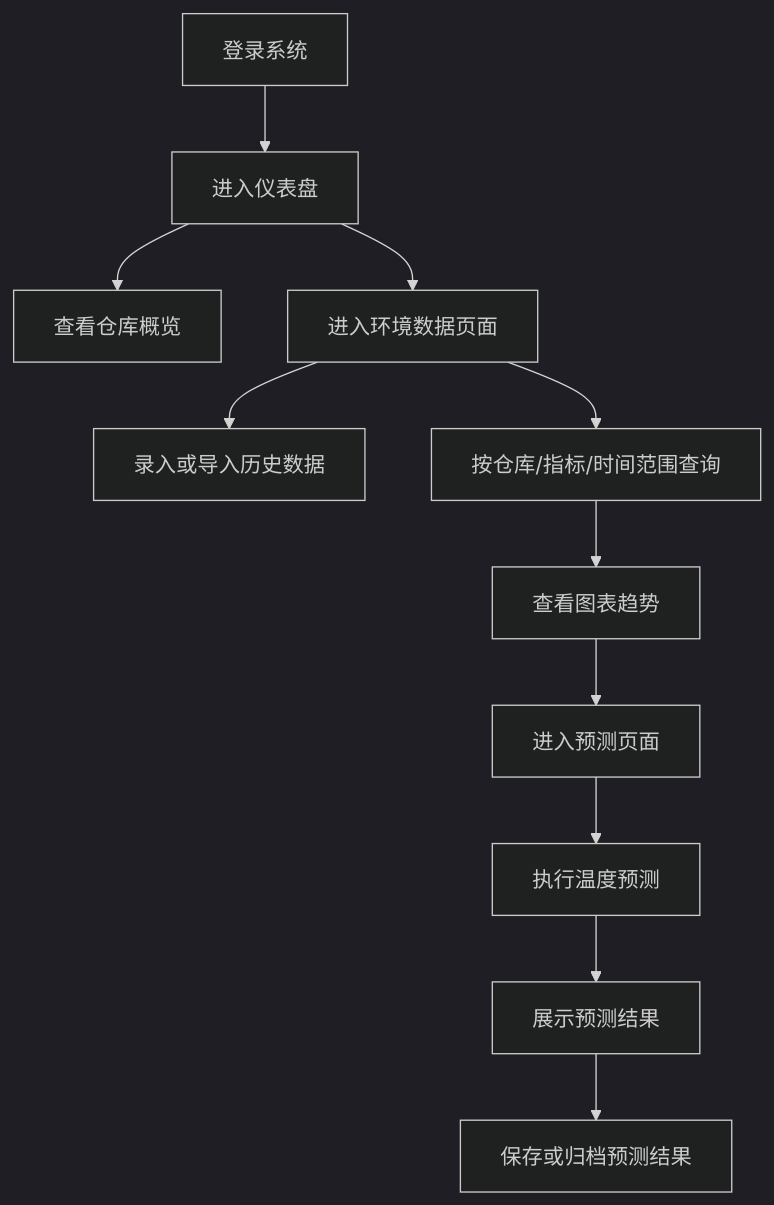
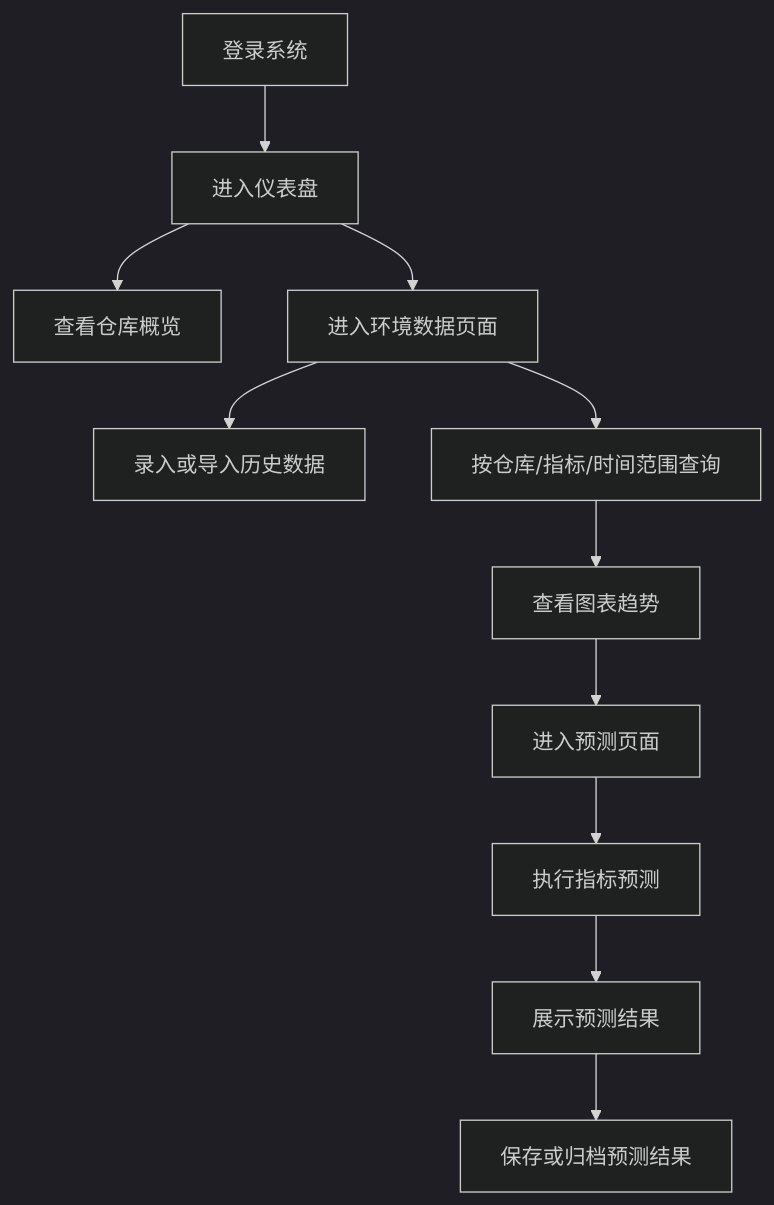
One commit to Miss-PinkElf/bs-test-01 changed the first of 2 diagrams in zzz-docs/开发指导版PRD-粮仓环境数据预测管理平台.md. Above: the diagram before and after it, drawn with Mermaid (dark theme). The commit also changed other lines of this file and 29 other files, not shown here.

````diff
--- a/zzz-docs/开发指导版PRD-粮仓环境数据预测管理平台.md
+++ b/zzz-docs/开发指导版PRD-粮仓环境数据预测管理平台.md
@@ -167,13 +167,13 @@
 ```mermaid
 flowchart TD
     A[登录系统] --> B[进入仪表盘]
     B --> C[查看仓库概览]
     B --> D[进入环境数据页面]
     D --> E[录入或导入历史数据]
     D --> F[按仓库/指标/时间范围查询]
     F --> G[查看图表趋势]
     G --> H[进入预测页面]
-    H --> I[执行温度预测]
+    H --> I[执行指标预测]
     I --> J[展示预测结果]
     J --> K[保存或归档预测结果]
 ```
````
